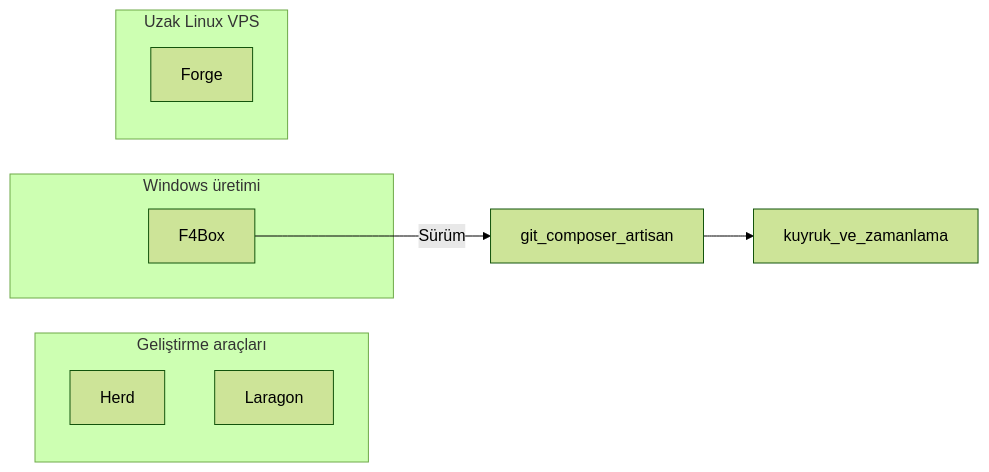
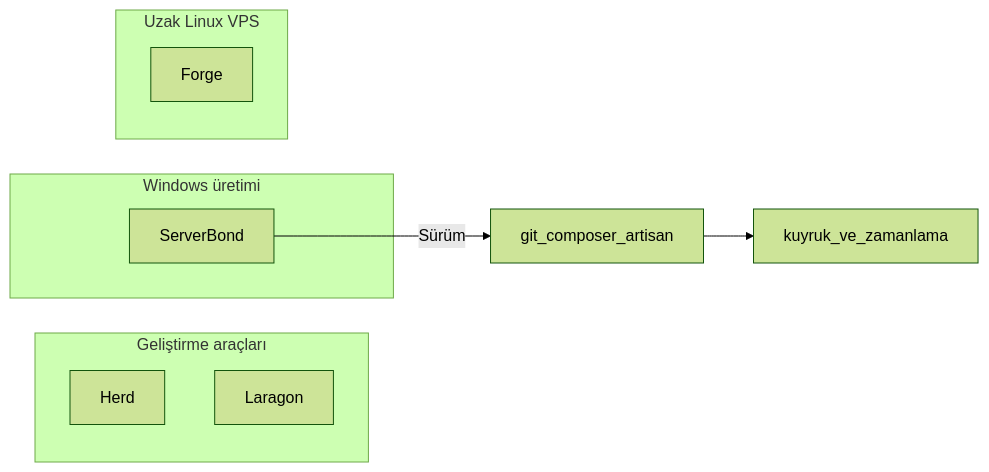
The diagram in docs/herd-forge-karsilastirma.md (beyazitkolemen/serverbond-windows), drawn with Mermaid (forest theme) before and after one commit. The commit also changed other lines of this file and 64 other files, not shown here.

First line of the commit message:
Rename the product to ServerBond everywhere except GitHub.

````diff
--- a/docs/herd-forge-karsilastirma.md
+++ b/docs/herd-forge-karsilastirma.md
@@ -15,15 +15,15 @@
 ```mermaid
 flowchart LR
   subgraph dev [Geliştirme araçları]
     Herd
     Laragon
   end
   subgraph windows [Windows üretimi]
-    F4Box
+    ServerBond
   end
   subgraph remote [Uzak Linux VPS]
     Forge
   end
-  F4Box -->|"Sürüm"| Recipe[git_composer_artisan]
+  ServerBond -->|"Sürüm"| Recipe[git_composer_artisan]
   Recipe --> Restart[kuyruk_ve_zamanlama]
 ```
````
